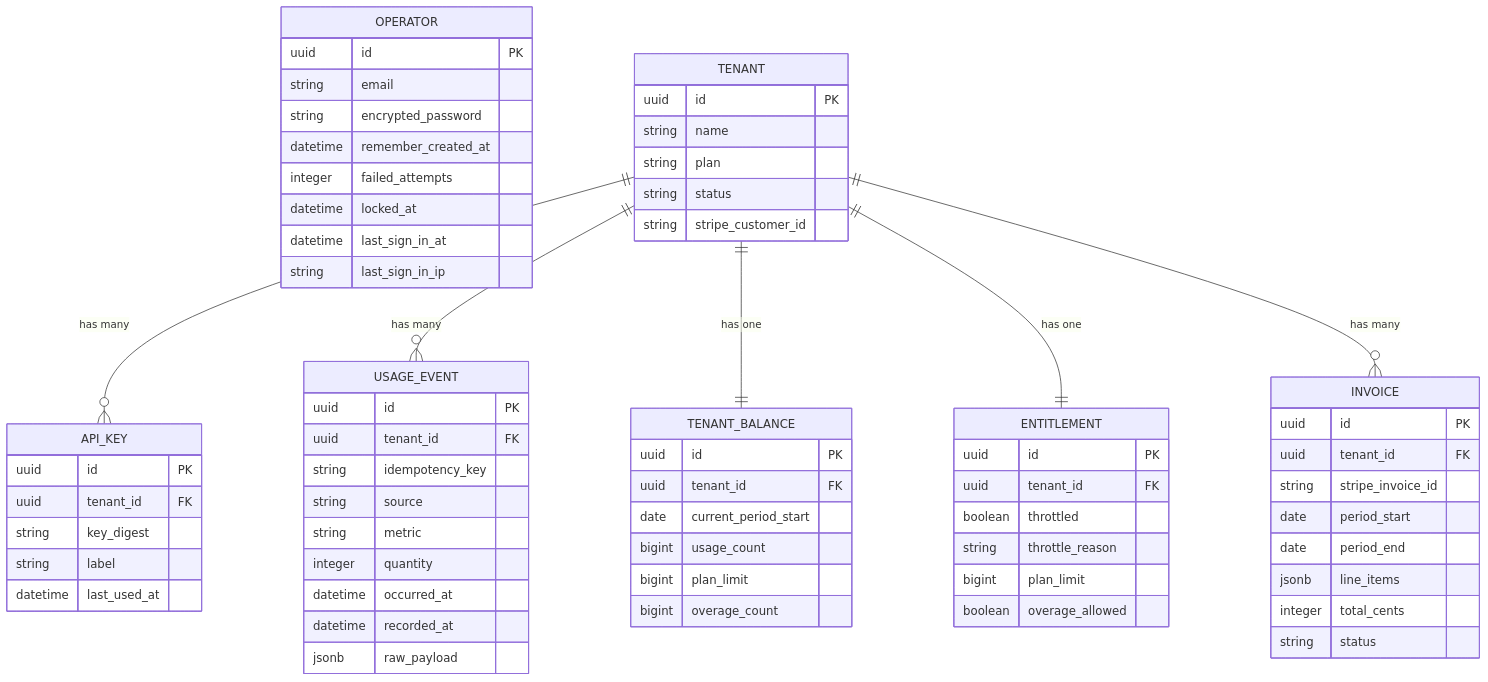
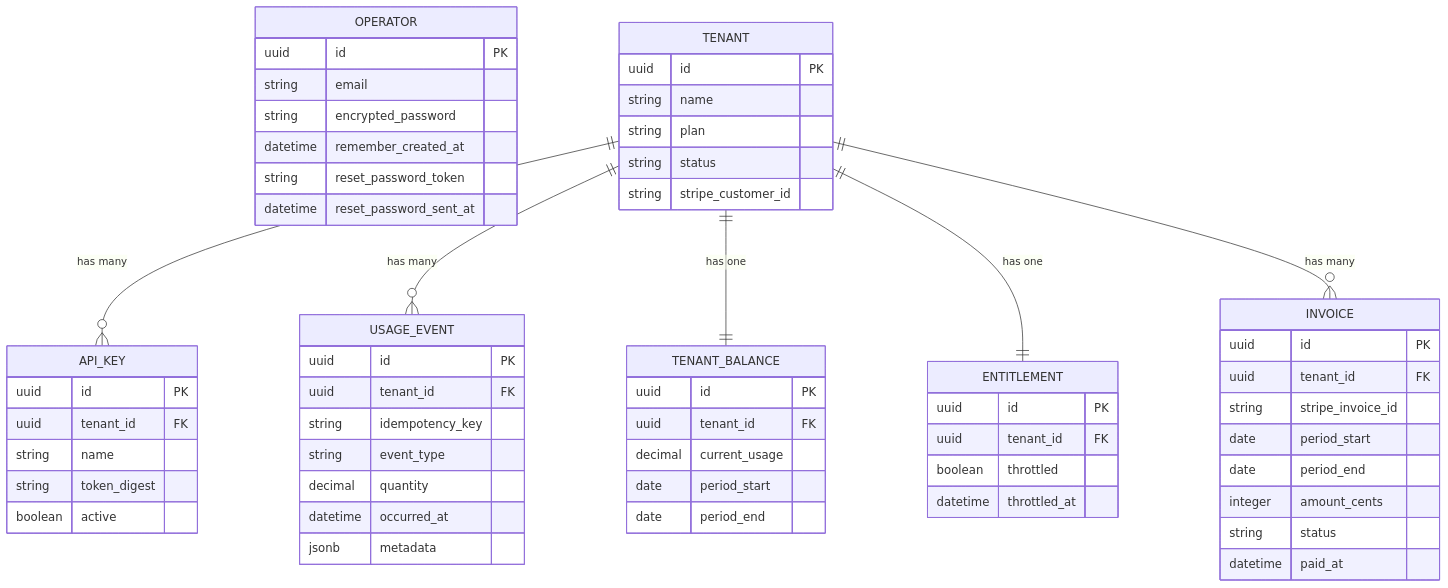
The fourth of 5 diagrams in docs/architecture.md (obrienma/Ledger-L5-rails), drawn with Mermaid before and after one commit. The commit also changed other lines of this file and 1 other file, not shown here.

Commit message:
docs(audit): reconcile architecture.md diagrams with actual schema
The Mermaid diagrams in docs/architecture.md were written as an early
plan and never updated through phases 3-7. Nearly every ERD field and
two sequence diagrams described behavior/columns that don't exist.
Corrected all of it against db/schema.rb and the real controllers/job.

Claude-Session: https://claude.ai/code/session_01NS99qYBgc1Ny5NqWNnX8bR

````diff
--- a/docs/architecture.md
+++ b/docs/architecture.md
@@ -119,76 +119,69 @@
 ```mermaid
 erDiagram
     OPERATOR {
         uuid id PK
         string email
         string encrypted_password
         datetime remember_created_at
-        integer failed_attempts
-        datetime locked_at
-        datetime last_sign_in_at
-        string last_sign_in_ip
+        string reset_password_token
+        datetime reset_password_sent_at
     }
 
     TENANT {
         uuid id PK
         string name
         string plan
         string status
         string stripe_customer_id
     }
 
     API_KEY {
         uuid id PK
         uuid tenant_id FK
-        string key_digest
-        string label
-        datetime last_used_at
+        string name
+        string token_digest
+        boolean active
     }
 
     USAGE_EVENT {
         uuid id PK
         uuid tenant_id FK
         string idempotency_key
-        string source
-        string metric
-        integer quantity
+        string event_type
+        decimal quantity
         datetime occurred_at
-        datetime recorded_at
-        jsonb raw_payload
+        jsonb metadata
     }
 
     TENANT_BALANCE {
         uuid id PK
         uuid tenant_id FK
-        date current_period_start
-        bigint usage_count
-        bigint plan_limit
-        bigint overage_count
+        decimal current_usage
+        date period_start
+        date period_end
     }
 
     ENTITLEMENT {
         uuid id PK
         uuid tenant_id FK
         boolean throttled
-        string throttle_reason
-        bigint plan_limit
-        boolean overage_allowed
+        datetime throttled_at
     }
 
     INVOICE {
         uuid id PK
         uuid tenant_id FK
         string stripe_invoice_id
         date period_start
         date period_end
-        jsonb line_items
-        integer total_cents
+        integer amount_cents
         string status
+        datetime paid_at
     }
 
     TENANT ||--o{ API_KEY : "has many"
     TENANT ||--o{ USAGE_EVENT : "has many"
     TENANT ||--|| TENANT_BALANCE : "has one"
     TENANT ||--|| ENTITLEMENT : "has one"
     TENANT ||--o{ INVOICE : "has many"
 ```
````
